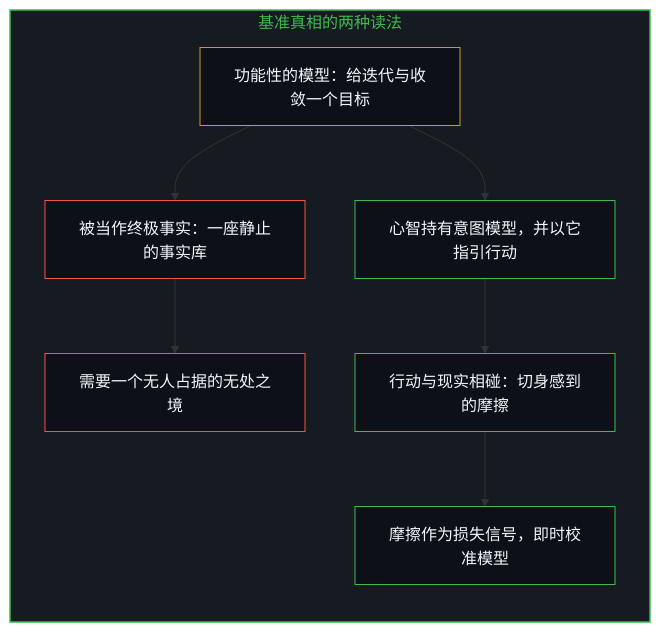
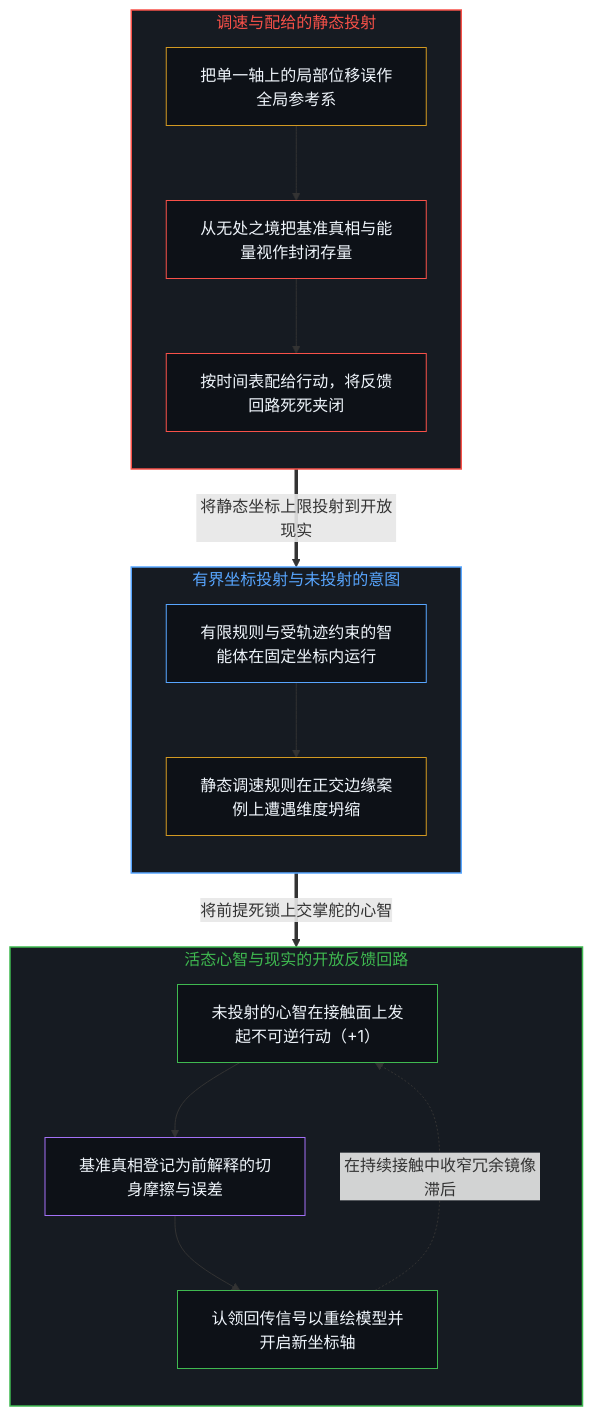
Before and after one commit to powerpig99/not-a-toe: the first of 2 diagrams in content/posts/the-fallacy-of-pacing-and-the-felt-friction-of-ground-truth.md, drawn with Mermaid. The commit also changed other lines of this file and 1 other file, not shown here.

Commit message:
Refine the-fallacy-of-pacing-and-the-felt-friction-of-ground-truth (Wave 3 L2 #111: weave beyond-the-projection)

````diff
--- a/content/posts/the-fallacy-of-pacing-and-the-felt-friction-of-ground-truth.md
+++ b/content/posts/the-fallacy-of-pacing-and-the-felt-friction-of-ground-truth.md
@@ -81,25 +35,41 @@
 ```mermaid
 flowchart TD
-    subgraph S_Truth["基准真相的两种读法"]
+    subgraph S_Proj["调速与配给的静态投射"]
         direction TB
-        Useful["功能性的模型：给迭代与收敛一个目标"]
-        Store["被当作终极事实：一座静止的事实库"]
-        Nowhere["需要一个无人占据的无处之境"]
-        Model["心智持有意图模型，并以它指引行动"]
-        Friction["行动与现实相碰：切身感到的摩擦"]
-        Update["摩擦作为损失信号，即时校准模型"]
-        Useful --> Store
-        Store --> Nowhere
-        Useful --> Model
-        Model --> Friction
-        Friction --> Update
+        P_Axis["把单一轴上的局部位移误作全局参考系"]
+        P_Store["从无处之境把基准真相与能量视作封闭存量"]
+        P_Ration["按时间表配给行动，将反馈回路死死夹闭"]
+        P_Axis --> P_Store --> P_Ration
     end
 
-    style S_Truth fill:#161b22,stroke:#3fb950,stroke-width:1.5px,color:#3fb950
-    style Useful fill:#0d1117,stroke:#d29922,stroke-width:1px,color:#f0f6fc
-    style Store fill:#0d1117,stroke:#f85149,stroke-width:1px,color:#f0f6fc
-    style Nowhere fill:#0d1117,stroke:#f85149,stroke-width:1px,color:#f0f6fc
-    style Model fill:#0d1117,stroke:#3fb950,stroke-width:1px,color:#f0f6fc
-    style Friction fill:#0d1117,stroke:#3fb950,stroke-width:1px,color:#f0f6fc
-    style Update fill:#0d1117,stroke:#3fb950,stroke-width:1px,color:#f0f6fc
+    subgraph S_Engine["有界坐标投射与未投射的意图"]
+        direction TB
+        E_Finite["有限规则与受轨迹约束的智能体在固定坐标内运行"]
+        E_Collapse["静态调速规则在正交边缘案例上遭遇维度坍缩"]
+        E_Finite --> E_Collapse
+    end
+
+    subgraph S_Open["活态心智与现实的开放反馈回路"]
+        direction TB
+        O_Act["未投射的心智在接触面上发起不可逆行动（+1）"]
+        O_Friction["基准真相登记为前解释的切身摩擦与误差"]
+        O_Expand["认领回传信号以重绘模型并开启新坐标轴"]
+        O_Act --> O_Friction --> O_Expand
+    end
+
+    P_Ration ==>|"将静态坐标上限投射到开放现实"| E_Finite
+    E_Collapse ==>|"将前提死锁上交掌舵的心智"| O_Act
+    O_Expand -.->|"在持续接触中收窄冗余镜像滞后"| O_Act
+
+    style S_Proj fill:#161b22,stroke:#f85149,stroke-width:1.5px,color:#f85149
+    style S_Engine fill:#161b22,stroke:#58a6ff,stroke-width:1.5px,color:#58a6ff
+    style S_Open fill:#161b22,stroke:#3fb950,stroke-width:1.5px,color:#3fb950
+    style P_Axis fill:#0d1117,stroke:#d29922,stroke-width:1px,color:#f0f6fc
+    style P_Store fill:#0d1117,stroke:#f85149,stroke-width:1px,color:#f0f6fc
+    style P_Ration fill:#0d1117,stroke:#f85149,stroke-width:1px,color:#f0f6fc
+    style E_Finite fill:#0d1117,stroke:#58a6ff,stroke-width:1px,color:#f0f6fc
+    style E_Collapse fill:#0d1117,stroke:#d29922,stroke-width:1px,color:#f0f6fc
+    style O_Act fill:#0d1117,stroke:#3fb950,stroke-width:1px,color:#f0f6fc
+    style O_Friction fill:#0d1117,stroke:#a371f7,stroke-width:1px,color:#f0f6fc
+    style O_Expand fill:#0d1117,stroke:#3fb950,stroke-width:1px,color:#f0f6fc
 ```
````
